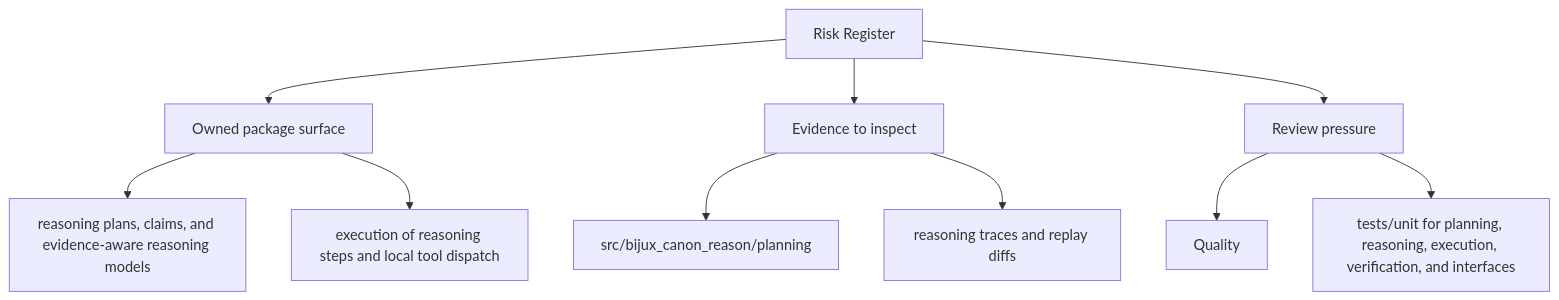
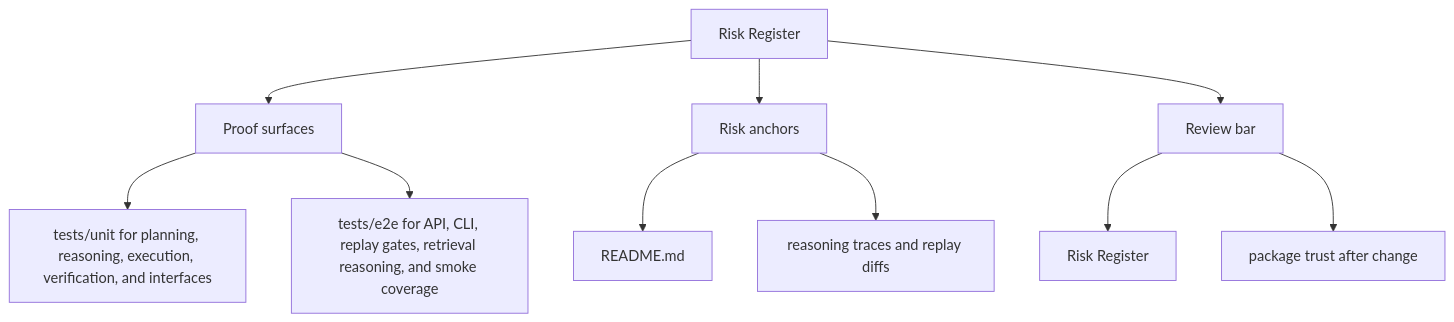
Before and after one commit to bijux/bijux-canon: the second of 2 diagrams in docs/bijux-canon-reason/quality/risk-register.md, drawn with Mermaid. The commit also changed other lines of this file and 250 other files, not shown here.

Commit message:
docs(diagrams): make product page maps more readable

````diff
--- a/docs/bijux-canon-reason/quality/risk-register.md
+++ b/docs/bijux-canon-reason/quality/risk-register.md
@@ -35,22 +35,22 @@
 ```mermaid
 flowchart TD
     page["Risk Register"]
-    focus1["Owned package surface"]
+    focus1["Proof surfaces"]
     page --> focus1
-    focus1_1["reasoning plans, claims, and evidence-aware reasoning models"]
+    focus1_1["tests/unit for planning, reasoning, execution, verification, and interfaces"]
     focus1 --> focus1_1
-    focus1_2["execution of reasoning steps and local tool dispatch"]
+    focus1_2["tests/e2e for API, CLI, replay gates, retrieval reasoning, and smoke coverage"]
     focus1 --> focus1_2
-    focus2["Evidence to inspect"]
+    focus2["Risk anchors"]
     page --> focus2
-    focus2_1["src/bijux_canon_reason/planning"]
+    focus2_1["README.md"]
     focus2 --> focus2_1
     focus2_2["reasoning traces and replay diffs"]
     focus2 --> focus2_2
-    focus3["Review pressure"]
+    focus3["Review bar"]
     page --> focus3
-    focus3_1["Quality"]
+    focus3_1["Risk Register"]
     focus3 --> focus3_1
-    focus3_2["tests/unit for planning, reasoning, execution, verification, and interfaces"]
+    focus3_2["package trust after change"]
     focus3 --> focus3_2
 ```
````
